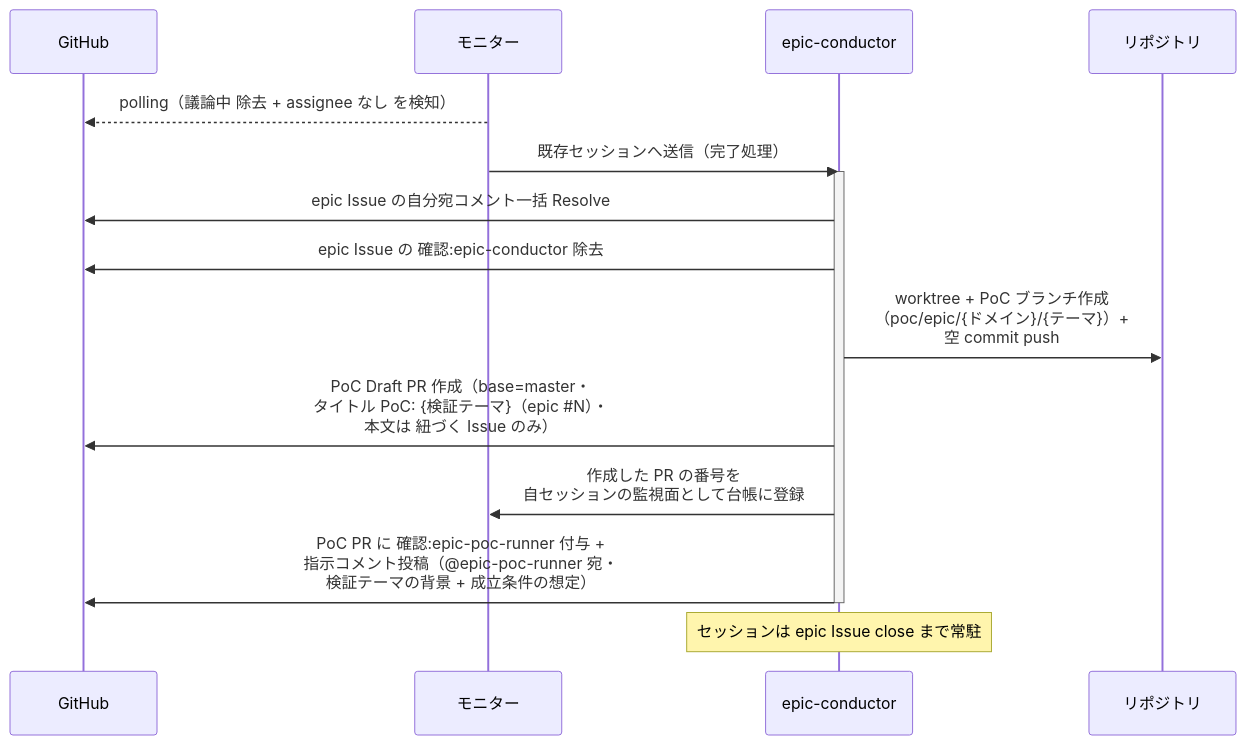
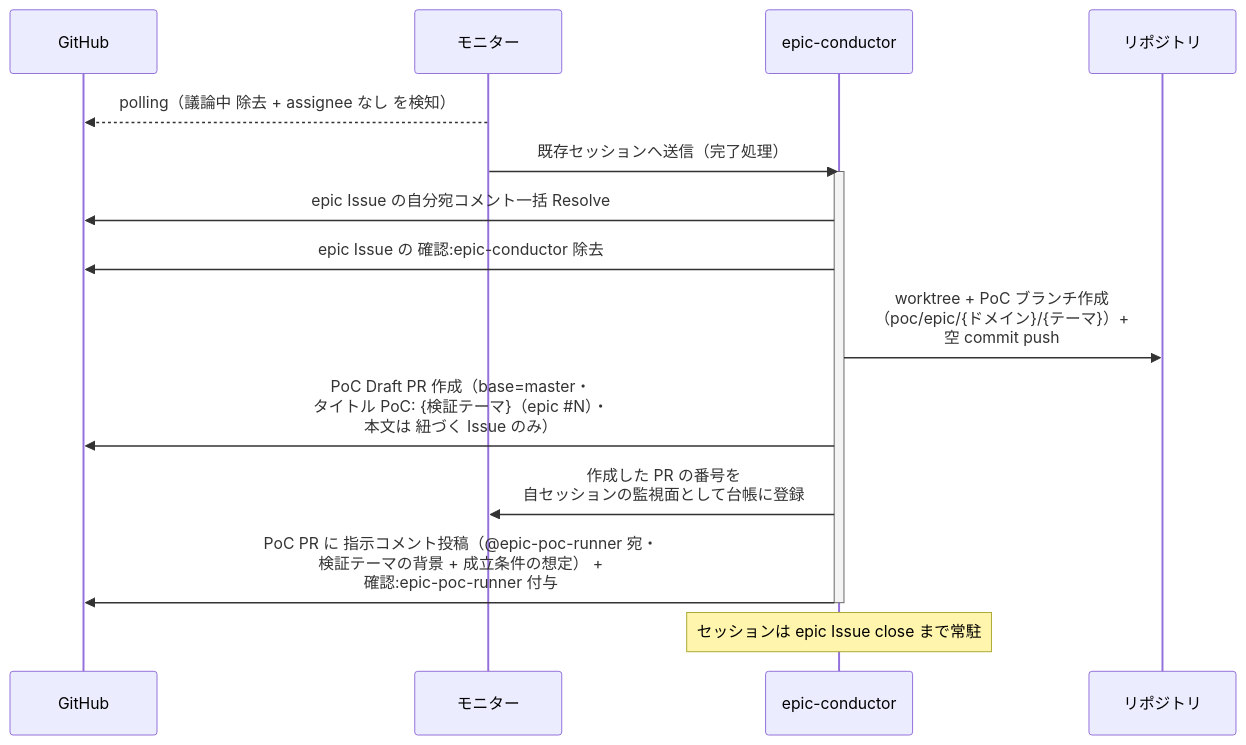
Before and after one commit to shuhei1101/ai-monitor: the fourth of 5 diagrams in docs/wiki/設計図/シナリオ/単一ユースケース/epic要件確定.md, drawn with Mermaid. The commit also changed other lines of this file and 29 other files, not shown here.

````diff
--- a/docs/wiki/設計図/シナリオ/単一ユースケース/epic要件確定.md
+++ b/docs/wiki/設計図/シナリオ/単一ユースケース/epic要件確定.md
@@ -191,19 +191,19 @@
 ```mermaid
 sequenceDiagram
   participant GH as GitHub
   participant ORC as モニター
   participant MON as epic-conductor
   participant REPO as リポジトリ
 
   ORC-->>GH: polling（議論中 除去 + assignee なし を検知）
   ORC->>MON: 既存セッションへ送信（完了処理）
   activate MON
   MON->>GH: epic Issue の自分宛コメント一括 Resolve
   MON->>GH: epic Issue の 確認:epic-conductor 除去
   MON->>REPO: worktree + PoC ブランチ作成<br>（poc/epic/{ドメイン}/{テーマ}）+<br>空 commit push
   MON->>GH: PoC Draft PR 作成（base=master・<br>タイトル PoC: {検証テーマ}（epic #35;N）・<br>本文は 紐づく Issue のみ）
   MON->>ORC: 作成した PR の番号を<br>自セッションの監視面として台帳に登録
-  MON->>GH: PoC PR に 確認:epic-poc-runner 付与 +<br>指示コメント投稿（@epic-poc-runner 宛・<br>検証テーマの背景 + 成立条件の想定）
+  MON->>GH: PoC PR に 指示コメント投稿（@epic-poc-runner 宛・<br>検証テーマの背景 + 成立条件の想定） +<br>確認:epic-poc-runner 付与
   deactivate MON
   Note over MON: セッションは epic Issue close まで常駐
 ```
````
